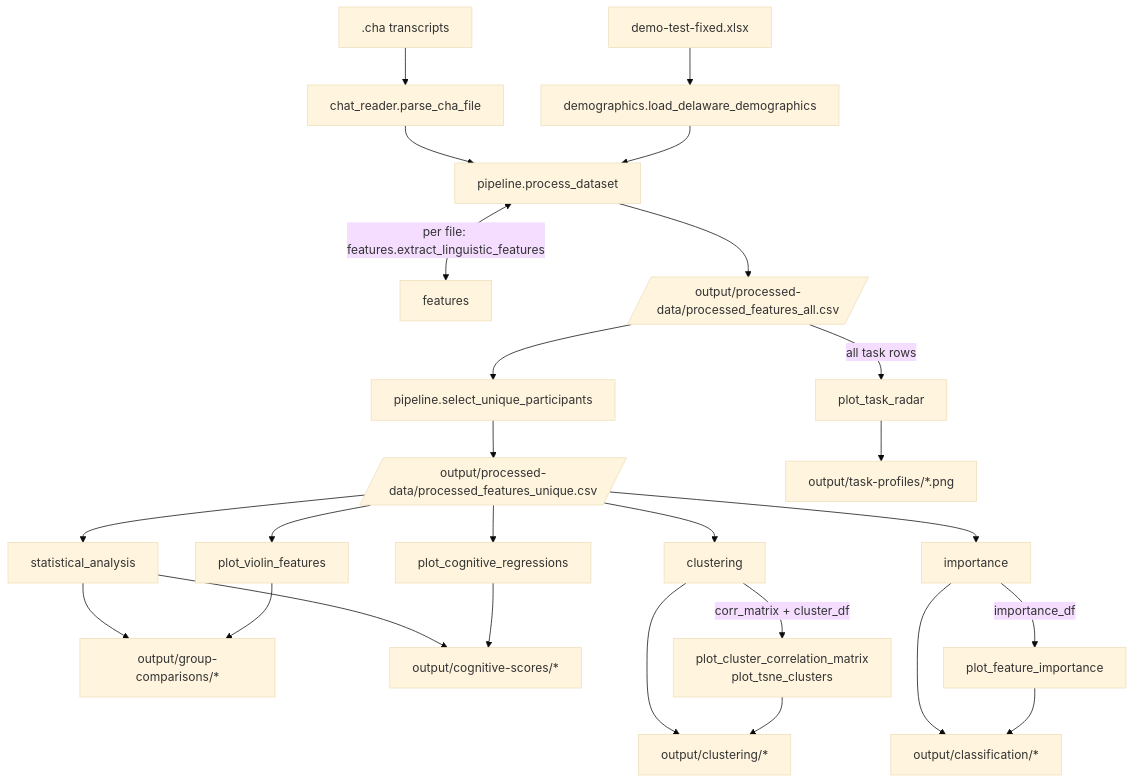
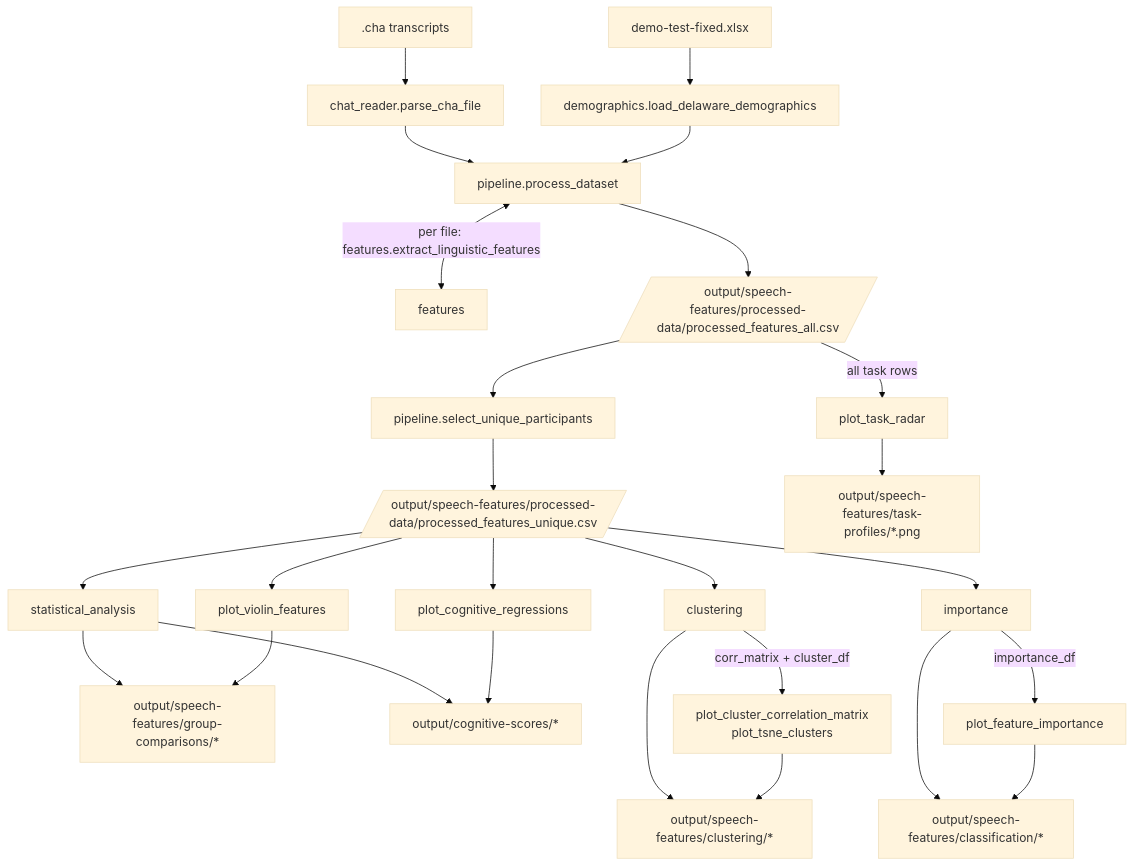
Before and after one commit to HeigatVu/delware-project: the diagram in book/architecture.md, drawn with Mermaid (base theme). The commit also changed other lines of this file and 30 other files, not shown here.

First line of the commit message:
refactor(output): group artifacts by source data (#3)

````diff
--- a/book/architecture.md
+++ b/book/architecture.md
@@ -9,31 +9,31 @@
 ```mermaid
 flowchart TD
   CHA[".cha transcripts"] --> CR["chat_reader.parse_cha_file"]
   XLSX["demo-test-fixed.xlsx"] --> DEMO["demographics.load_delaware_demographics"]
   CR --> PROC["pipeline.process_dataset"]
   DEMO --> PROC
   PROC <--> |"per file: features.extract_linguistic_features"| FEAT["features"]
-  PROC --> ALL[/"output/processed-data/processed_features_all.csv"/]
+  PROC --> ALL[/"output/speech-features/processed-data/processed_features_all.csv"/]
   ALL --> UNIQ["pipeline.select_unique_participants"]
-  UNIQ --> UF[/"output/processed-data/processed_features_unique.csv"/]
+  UNIQ --> UF[/"output/speech-features/processed-data/processed_features_unique.csv"/]
 
   UF --> SA["statistical_analysis"]
   UF --> CLU["clustering"]
   UF --> IMP["importance"]
 
-  SA --> GC["output/group-comparisons/*"]
+  SA --> GC["output/speech-features/group-comparisons/*"]
   SA --> COG["output/cognitive-scores/*"]
-  CLU --> CL["output/clustering/*"]
-  IMP --> CLS["output/classification/*"]
+  CLU --> CL["output/speech-features/clustering/*"]
+  IMP --> CLS["output/speech-features/classification/*"]
 
   CLU --> |"corr_matrix + cluster_df"| CM["plot_cluster_correlation_matrix<br>plot_tsne_clusters"]
   IMP --> |"importance_df"| FI["plot_feature_importance"]
   ALL --> |"all task rows"| RADAR["plot_task_radar"]
   UF --> VIOLIN["plot_violin_features"]
   UF --> REGR["plot_cognitive_regressions"]
   CM --> CL
   FI --> CLS
   VIOLIN --> GC
   REGR --> COG
-  RADAR --> TASK["output/task-profiles/*.png"]
+  RADAR --> TASK["output/speech-features/task-profiles/*.png"]
 ```
````
